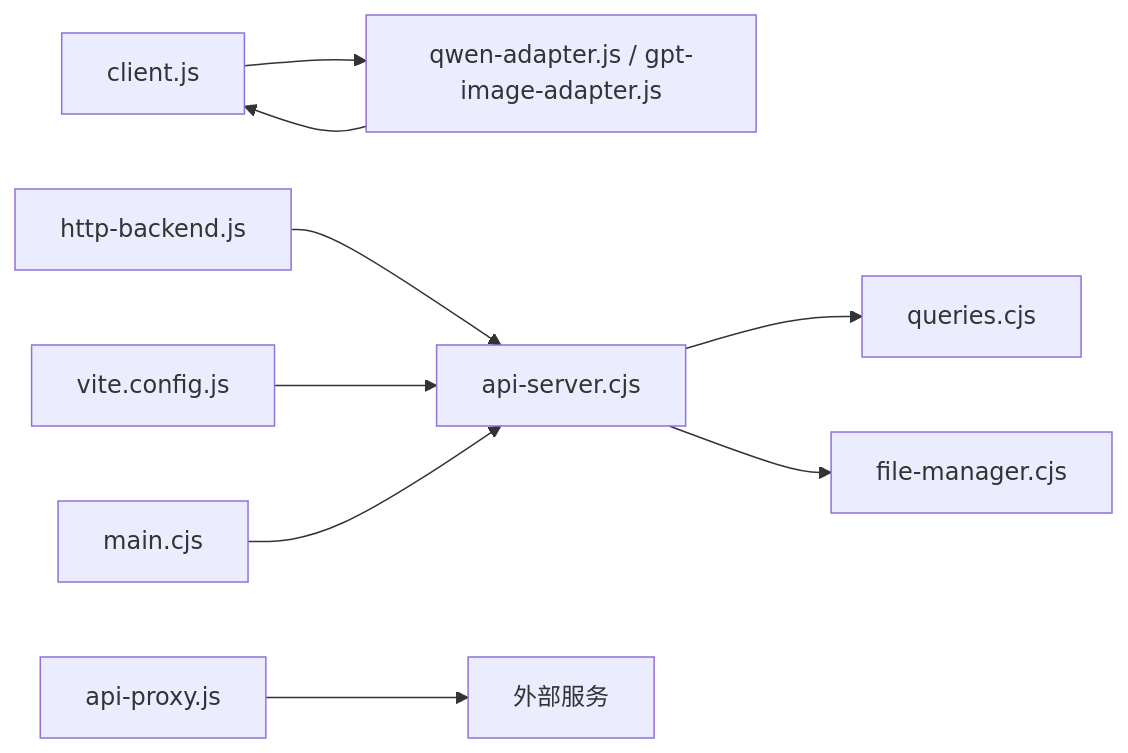
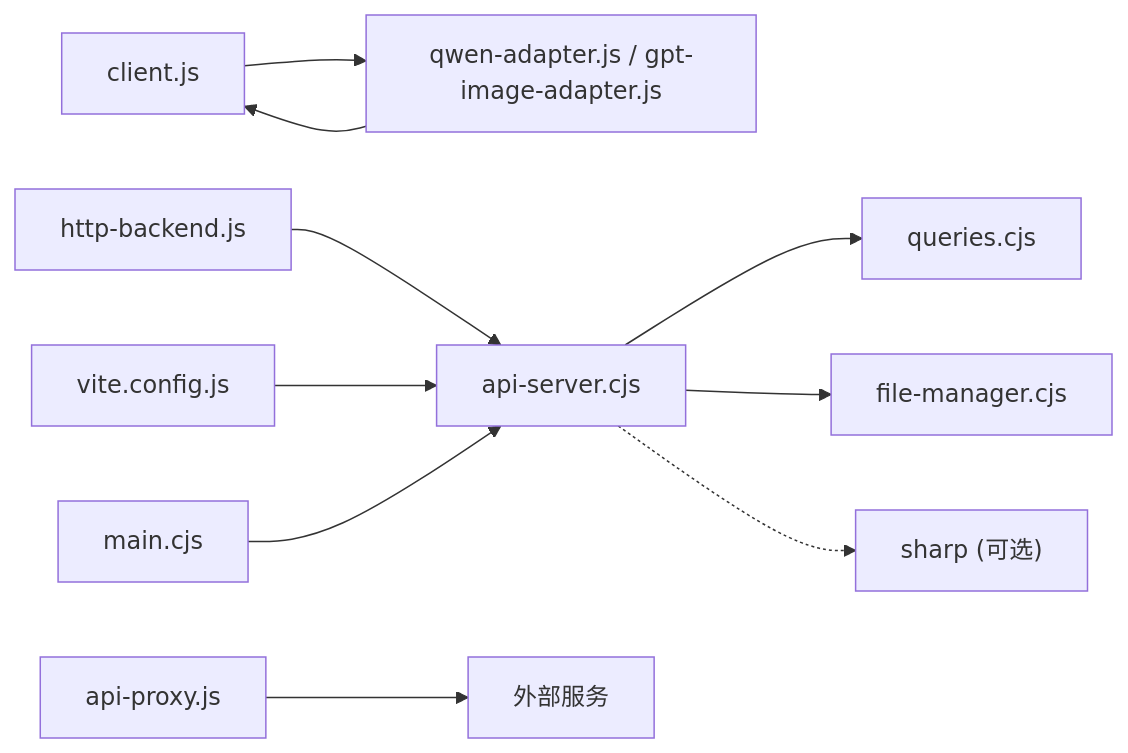
The fourth of 4 diagrams in .qoder/repowiki/zh/content/数据库层/HTTP 后端与 REST API.md (AlbusWei/AI-Image-Studio), drawn with Mermaid before and after one commit. The commit also changed other lines of this file and 21 other files, not shown here.

````diff
--- a/.qoder/repowiki/zh/content/数据库层/HTTP 后端与 REST API.md
+++ b/.qoder/repowiki/zh/content/数据库层/HTTP 后端与 REST API.md
@@ -269,11 +326,12 @@
 ```mermaid
 graph LR
 Client["client.js"] --> Adapters["qwen-adapter.js / gpt-image-adapter.js"]
 Adapters --> Client
 HttpBackend["http-backend.js"] --> ApiServer["api-server.cjs"]
 ApiServer --> Queries["queries.cjs"]
 ApiServer --> FileManager["file-manager.cjs"]
+ApiServer -.-> SharpLib["sharp (可选)"]
 ViteProxy["api-proxy.js"] --> External["外部服务"]
 ViteCfg["vite.config.js"] --> ApiServer
 Main["main.cjs"] --> ApiServer
 ```
````
